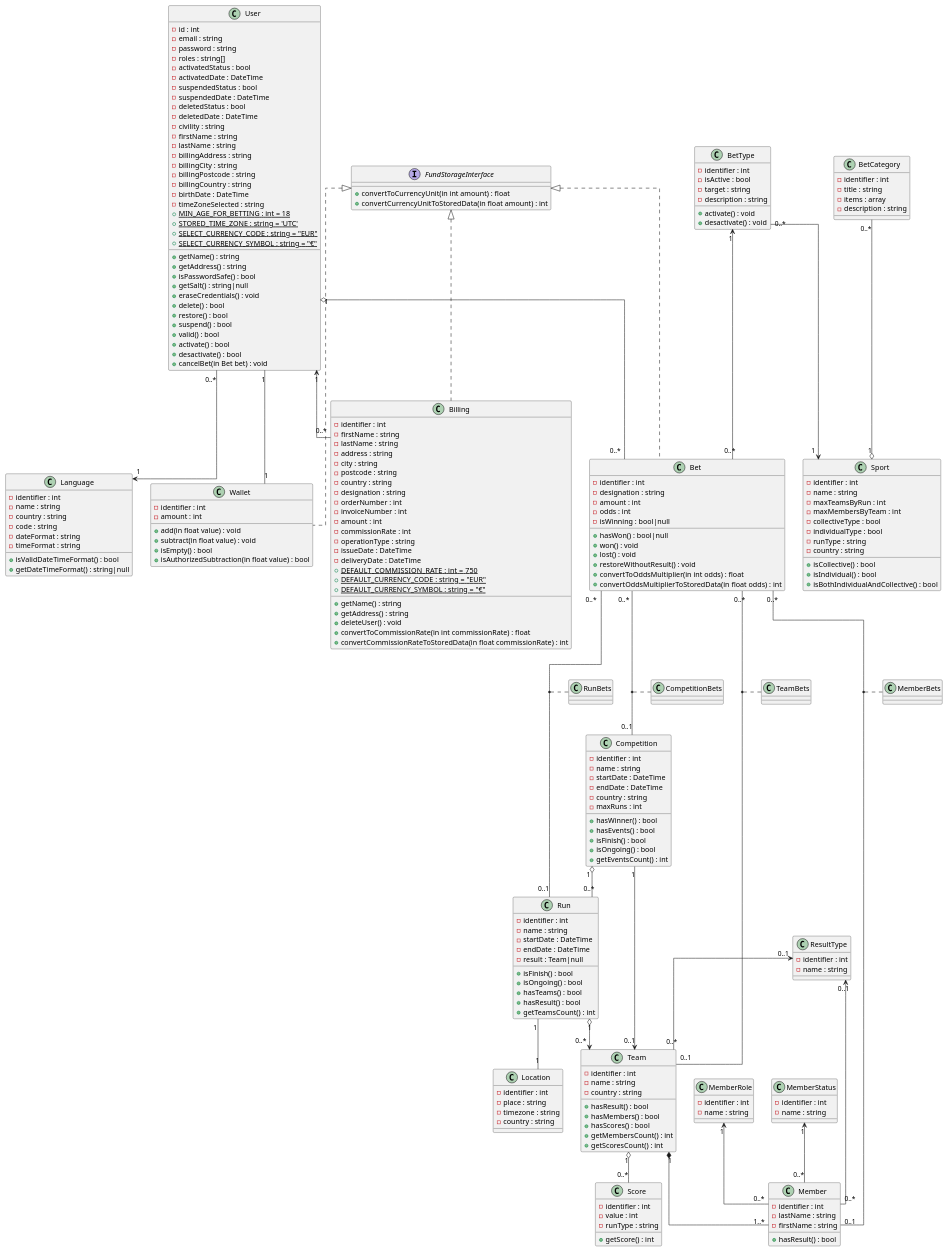
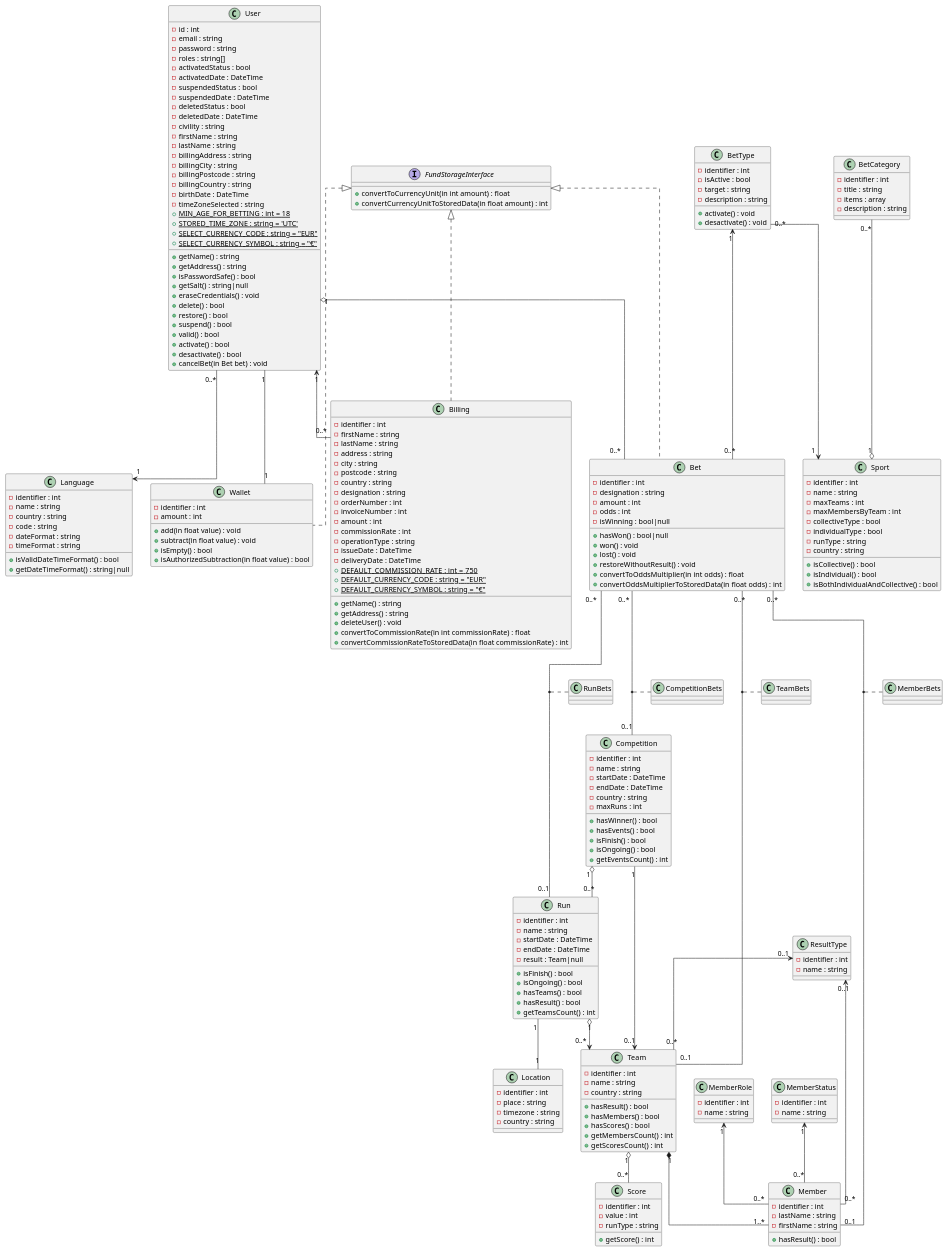
The diagram in docs/Uml/Diagramme_de_classe/Diagramme_de_classe.puml (OFP-CDA-Mulhouse-2020/parisportif5), drawn with PlantUML before and after one commit.

Commit message:
2020-12-18 - #1 - Rebase BetCategory et MemberRole

```diff
--- a/docs/Uml/Diagramme_de_classe/Diagramme_de_classe.puml
+++ b/docs/Uml/Diagramme_de_classe/Diagramme_de_classe.puml
@@ -204,7 +204,7 @@
     class Sport {
         -identifier : int
         -name : string
-        -maxTeamsByRun : int
+        -maxTeams : int
         -maxMembersByTeam : int
         -collectiveType : bool
         -individualType : bool
```
